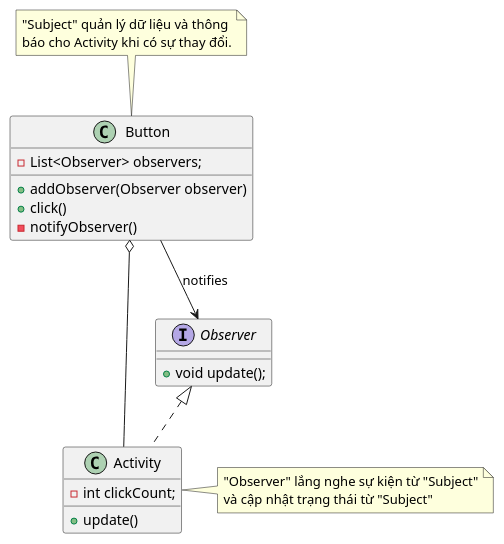
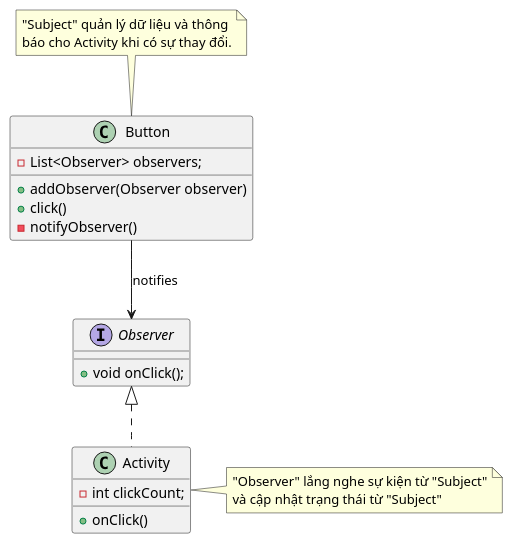
Before and after one commit to datx24/64130299_KienTrucVaThietKePhanMem: the diagram in VD1_64130299/src/behavioral/observer/BTCA2/btca2_diagram.puml, drawn with PlantUML. The commit also changed 7 other files, not shown here.

```diff
--- a/VD1_64130299/src/behavioral/observer/BTCA2/btca2_diagram.puml
+++ b/VD1_64130299/src/behavioral/observer/BTCA2/btca2_diagram.puml
@@ -1,32 +1,31 @@
 @startuml
 'https://plantuml.com/class-diagram
 
 class Button {
     - List<Observer> observers;
     + addObserver(Observer observer)
     + click()
     - notifyObserver()
 }
 
 interface Observer{
-    + void update();
+    + void onClick();
 }
 
 class Activity{
     - int clickCount;
-    + update()
+    + onClick()
 }
 
 Observer <|.. Activity
 Button --> Observer : notifies
-Button o-- Activity
 note top of Button
 "Subject" quản lý dữ liệu và thông
 báo cho Activity khi có sự thay đổi.
 end note
 
 note right of Activity
 "Observer" lắng nghe sự kiện từ "Subject"
 và cập nhật trạng thái từ "Subject"
 end note
 @enduml
```
